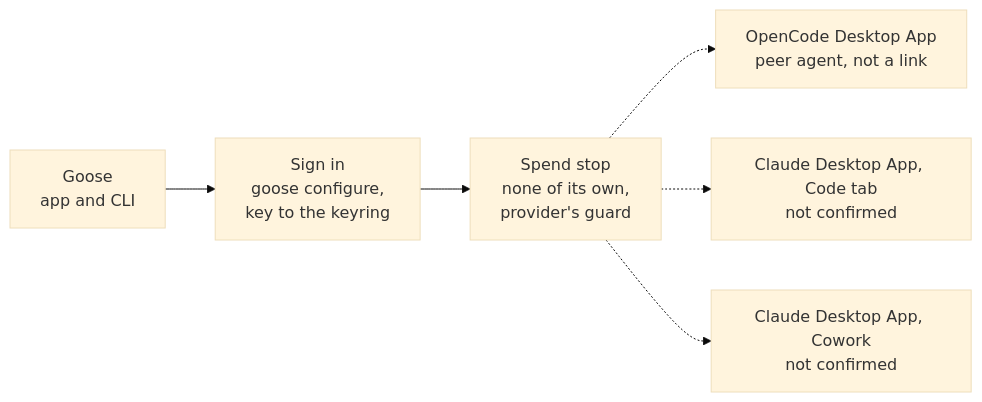
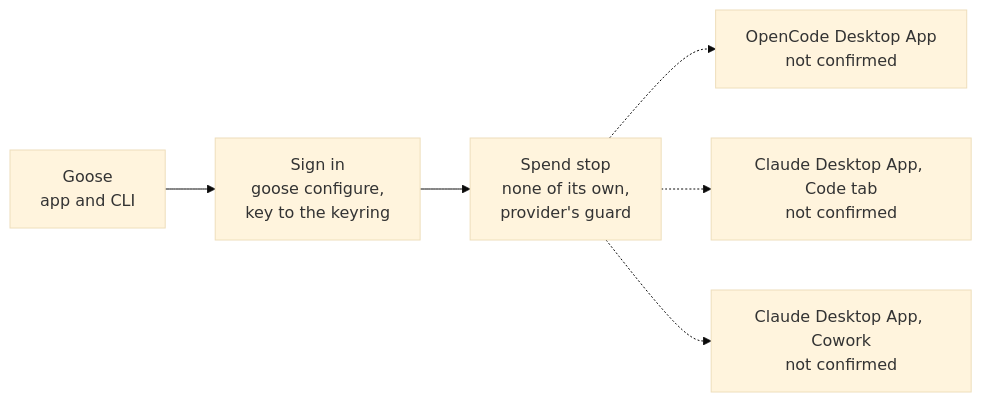
Before and after one commit to SoulCraft-Org/compute-crafter: the diagram in guides/goose.md, drawn with Mermaid (base theme). The commit also changed other lines of this file and 13 other files, not shown here.

````diff
--- a/guides/goose.md
+++ b/guides/goose.md
@@ -5,7 +5,7 @@
 ```mermaid
 flowchart LR
   P[Goose<br/>app and CLI] --> S[Sign in<br/>goose configure,<br/>key to the keyring] --> G[Spend stop<br/>none of its own,<br/>provider's guard]
-  G -.-> O[OpenCode Desktop App<br/>peer agent, not a link]
+  G -.-> O[OpenCode Desktop App<br/>not confirmed]
   G -.-> C[Claude Desktop App, Code tab<br/>not confirmed]
   G -.-> W[Claude Desktop App, Cowork<br/>not confirmed]
 ```
````
